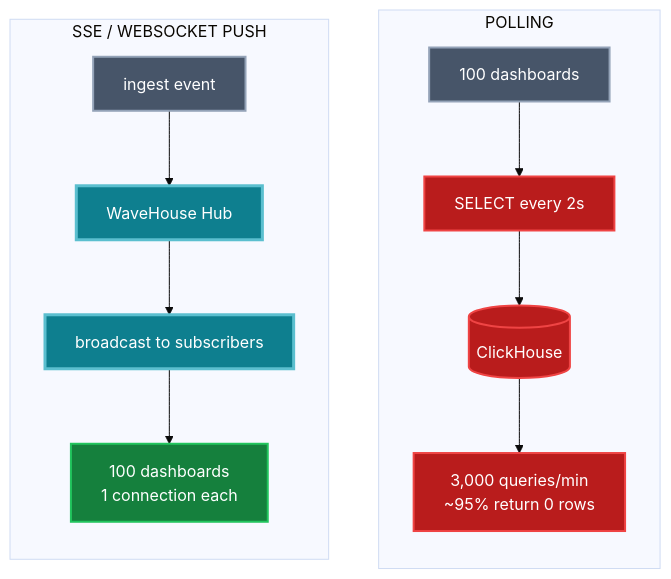
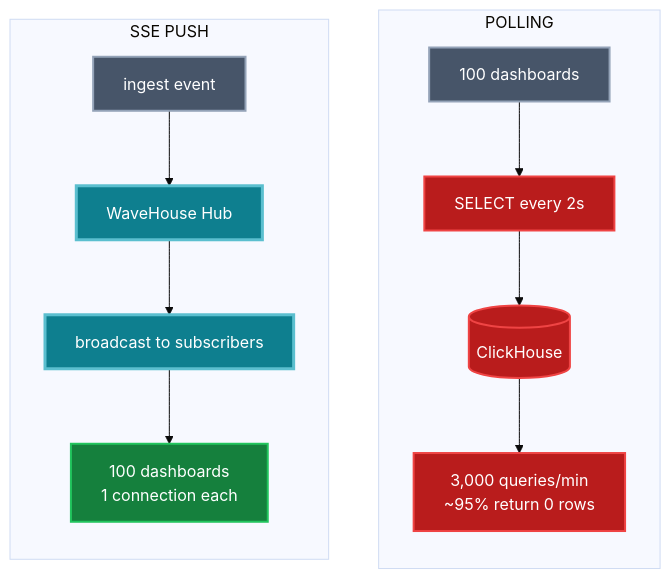
One commit to Wave-RF/WaveHouse changed the second of 6 diagrams in docs/src/content/docs/why-wavehouse.md. Above: the diagram before and after it, drawn with Mermaid (base theme). The commit also changed other lines of this file and 21 other files, not shown here.

````diff
--- a/docs/src/content/docs/why-wavehouse.md
+++ b/docs/src/content/docs/why-wavehouse.md
@@ -70,23 +70,23 @@
 ```mermaid
 flowchart TB
     classDef pain fill:#b91c1c,stroke:#ef4444,color:#fff,stroke-width:2px
     classDef win fill:#15803d,stroke:#22c55e,color:#fff,stroke-width:2px
     classDef wh fill:#0e7f8f,stroke:#5bbfcf,color:#fff,stroke-width:3px
     classDef neutral fill:#475569,stroke:#94a3b8,color:#fff,stroke-width:2px
 
     subgraph poll["POLLING"]
         direction TB
         D1["100 dashboards"]:::neutral
         D1 --> Q["SELECT every 2s"]:::pain
         Q --> CH1[("ClickHouse")]:::pain
         CH1 --> LOAD["3,000 queries/min<br/>~95% return 0 rows"]:::pain
     end
 
-    subgraph push["SSE / WEBSOCKET PUSH"]
+    subgraph push["SSE PUSH"]
         direction TB
         E["ingest event"]:::neutral
         E --> HUB["WaveHouse Hub"]:::wh
         HUB --> STREAM["broadcast to subscribers"]:::wh
         STREAM --> D2["100 dashboards<br/>1 connection each"]:::win
     end
 ```
````
